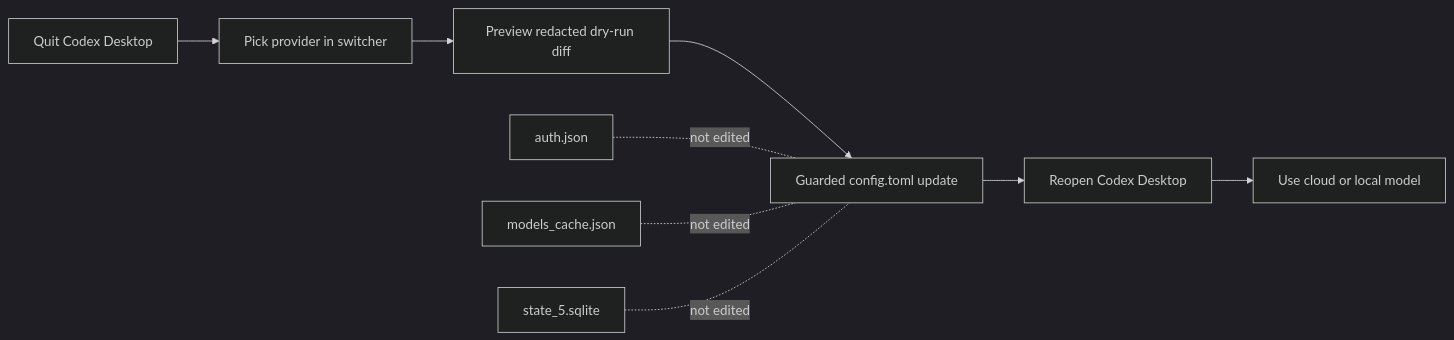
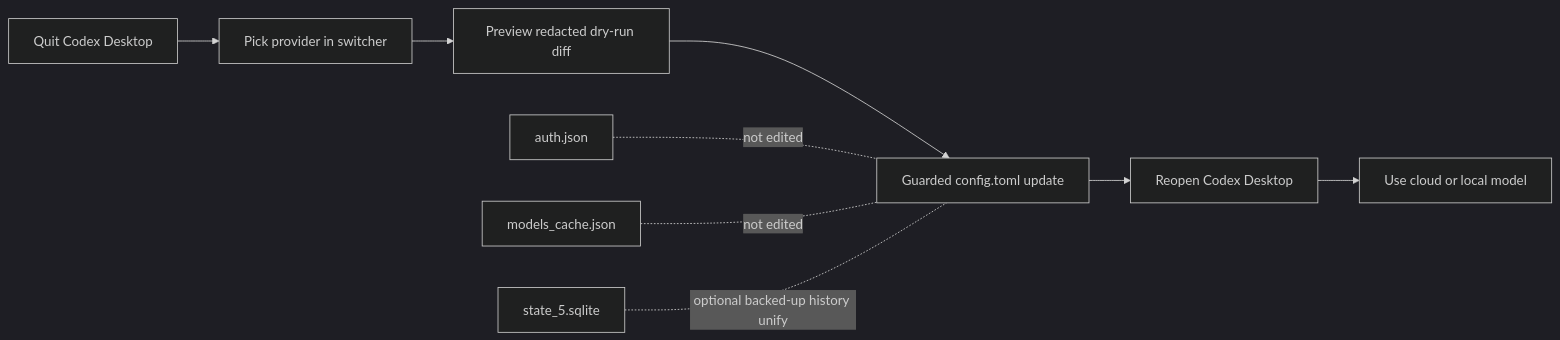
Before and after one commit to viezhukai-stack/codex-hybrid-model-switcher: the diagram in README.md, drawn with Mermaid (dark theme). The commit also changed other lines of this file and 15 other files, not shown here.

````diff
--- a/README.md
+++ b/README.md
@@ -29,12 +30,12 @@
 ```mermaid
 flowchart LR
     A["Quit Codex Desktop"] --> B["Pick provider in switcher"]
     B --> C["Preview redacted dry-run diff"]
     C --> D["Guarded config.toml update"]
     D --> E["Reopen Codex Desktop"]
     E --> F["Use cloud or local model"]
 
     G["auth.json"] -. "not edited" .- D
     H["models_cache.json"] -. "not edited" .- D
-    I["state_5.sqlite"] -. "not edited" .- D
+    I["state_5.sqlite"] -. "optional backed-up history unify" .- D
 ```
````
